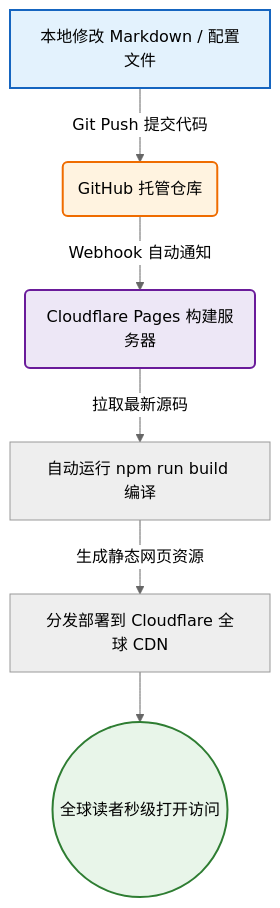
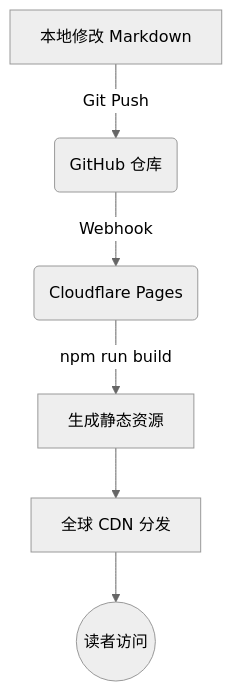
One commit to ruanqizhen/cocode changed the diagram in docs/make_ebook.md. Above: the diagram before and after it, drawn with Mermaid (neutral theme). The commit also changed other lines of this file, not shown here.

````diff
--- a/docs/make_ebook.md
+++ b/docs/make_ebook.md
@@ -218,13 +316,8 @@
 ```mermaid
 flowchart TD
-    A[本地修改 Markdown / 配置文件] -->|Git Push 提交代码| B(GitHub 托管仓库)
-    B -->|Webhook 自动通知| C(Cloudflare Pages 构建服务器)
-    C -->|拉取最新源码| D[自动运行 npm run build 编译]
-    D -->|生成静态网页资源| E[分发部署到 Cloudflare 全球 CDN]
-    E --> F((全球读者秒级打开访问))
-
-    style A fill:#e3f2fd,stroke:#1565c0,stroke-width:2px
-    style B fill:#fff3e0,stroke:#ef6c00,stroke-width:2px
-    style C fill:#ede7f6,stroke:#6a1b9a,stroke-width:2px
-    style F fill:#e8f5e9,stroke:#2e7d32,stroke-width:2px
+    A[本地修改 Markdown] -->|Git Push| B(GitHub 仓库)
+    B -->|Webhook| C(Cloudflare Pages)
+    C -->|npm run build| D[生成静态资源]
+    D --> E[全球 CDN 分发]
+    E --> F((读者访问))
 ```
````
